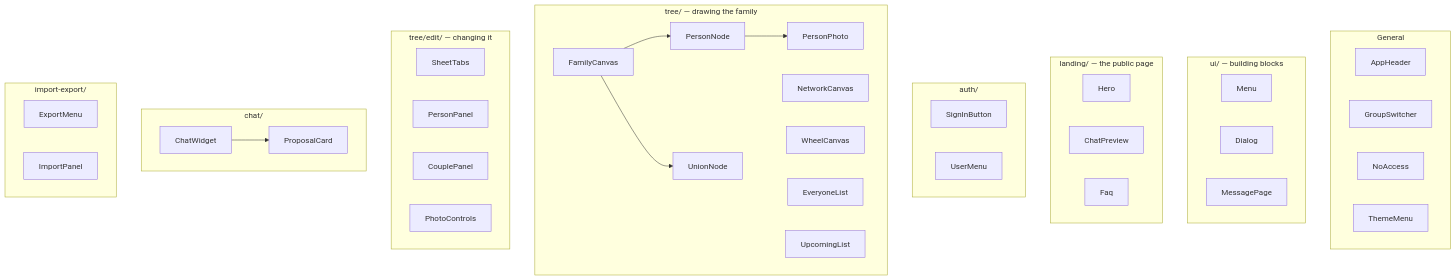
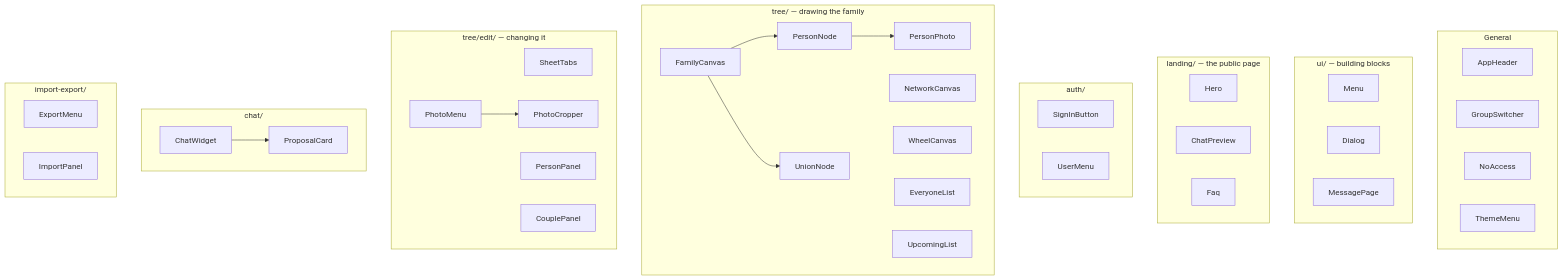
The tenth of 21 diagrams in docs/PROJECT_GUIDE.md (harikiranvusirikala/Family-Tree-with-AI), drawn with Mermaid before and after one commit. The commit also changed other lines of this file and 36 other files, not shown here.

````diff
--- a/docs/PROJECT_GUIDE.md
+++ b/docs/PROJECT_GUIDE.md
@@ -345,30 +345,30 @@
 ```mermaid
 flowchart TB
     subgraph general["General"]
         AppHeader; GroupSwitcher; NoAccess; ThemeMenu
     end
     subgraph ui["ui/ — building blocks"]
         Menu; Dialog; MessagePage
     end
     subgraph landing["landing/ — the public page"]
         Hero; ChatPreview; Faq
     end
     subgraph auth["auth/"]
         SignInButton; UserMenu
     end
     subgraph tree["tree/ — drawing the family"]
         FamilyCanvas --> PersonNode
         FamilyCanvas --> UnionNode
         PersonNode --> PersonPhoto
         NetworkCanvas; WheelCanvas; EveryoneList; UpcomingList
     end
     subgraph edit["tree/edit/ — changing it"]
-        SheetTabs; PersonPanel; CouplePanel; PhotoControls
+        SheetTabs; PersonPanel; CouplePanel; PhotoMenu --> PhotoCropper
     end
     subgraph chat["chat/"]
         ChatWidget --> ProposalCard
     end
     subgraph io["import-export/"]
         ExportMenu; ImportPanel
     end
 ```
````
